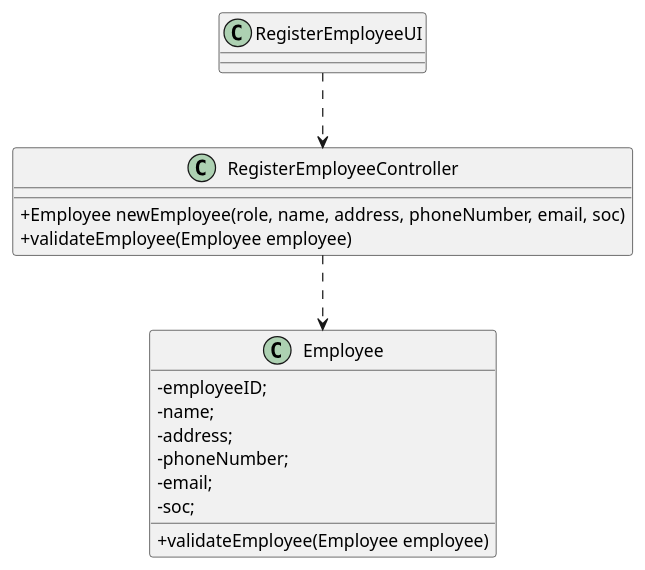
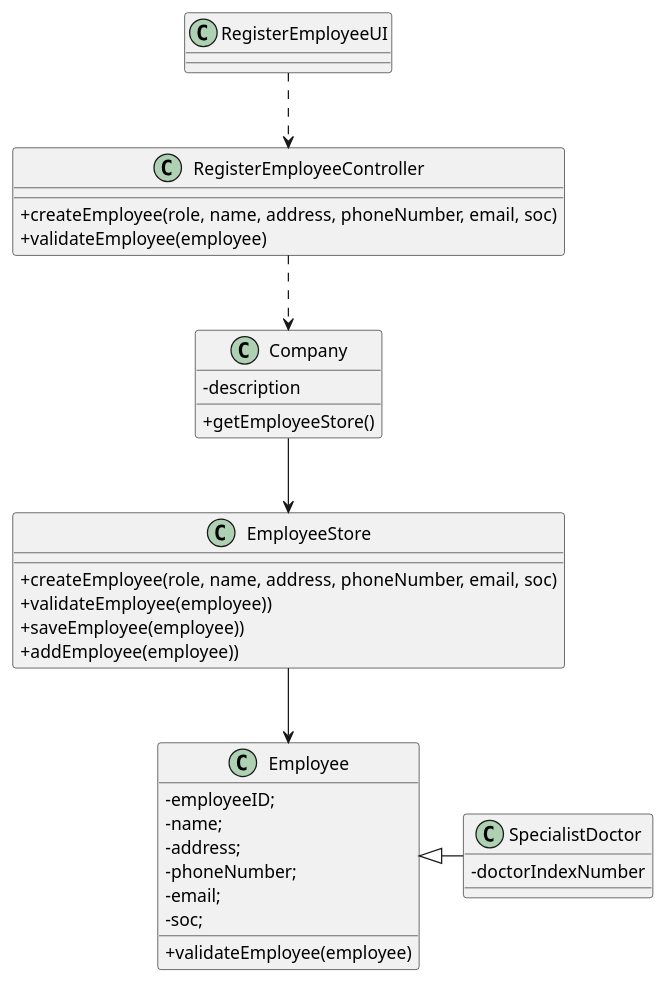
The diagram in docs/SprintB/UC7/UC7_CD.puml (GuilhermeCunha79/lapr2), drawn with PlantUML before and after one commit. The commit also changed 2 other files, not shown here.

Commit message:
[US7] Commit introduces changes to some diagrams of the US7

```diff
--- a/docs/SprintB/UC7/UC7_CD.puml
+++ b/docs/SprintB/UC7/UC7_CD.puml
@@ -1,27 +1,47 @@
 @startuml
 skinparam classAttributeIconSize 0
 
 class RegisterEmployeeUI
 {
 }
 
 class RegisterEmployeeController
 {
-    +Employee newEmployee(role, name, address, phoneNumber, email, soc)
-    +validateEmployee(Employee employee)
+    +createEmployee(role, name, address, phoneNumber, email, soc)
+    +validateEmployee(employee)
 }
 
 class Employee
 {
 	-employeeID;
 	-name;
 	-address;
 	-phoneNumber;
 	-email;
 	-soc;
-    +validateEmployee(Employee employee)
+    +validateEmployee(employee)
+}
+
+class Company{
+    -description
+    +getEmployeeStore()
+}
+
+class EmployeeStore{
+    +createEmployee(role, name, address, phoneNumber, email, soc)
+    +validateEmployee(employee))
+    +saveEmployee(employee))
+    +addEmployee(employee))
+}
+
+class SpecialistDoctor{
+    -doctorIndexNumber
 }
 
 RegisterEmployeeUI ..> RegisterEmployeeController
-RegisterEmployeeController ..> Employee
+RegisterEmployeeController ..> Company
+Company --> EmployeeStore
+EmployeeStore --> Employee
+SpecialistDoctor -left-|> Employee
+
 @enduml
```
